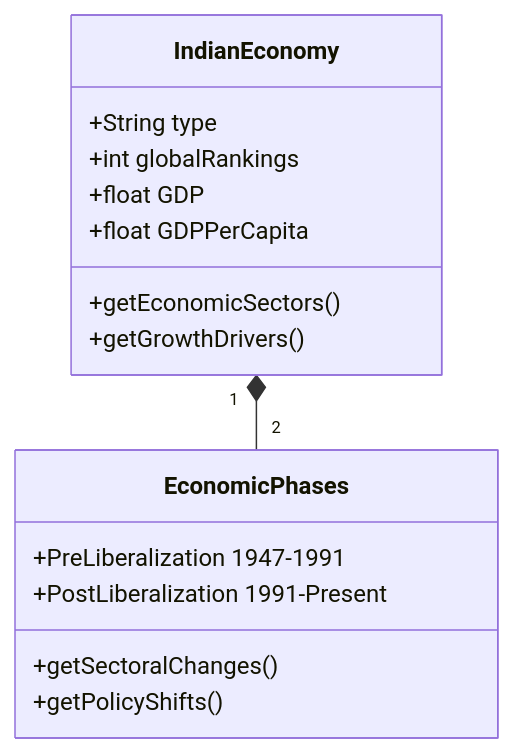
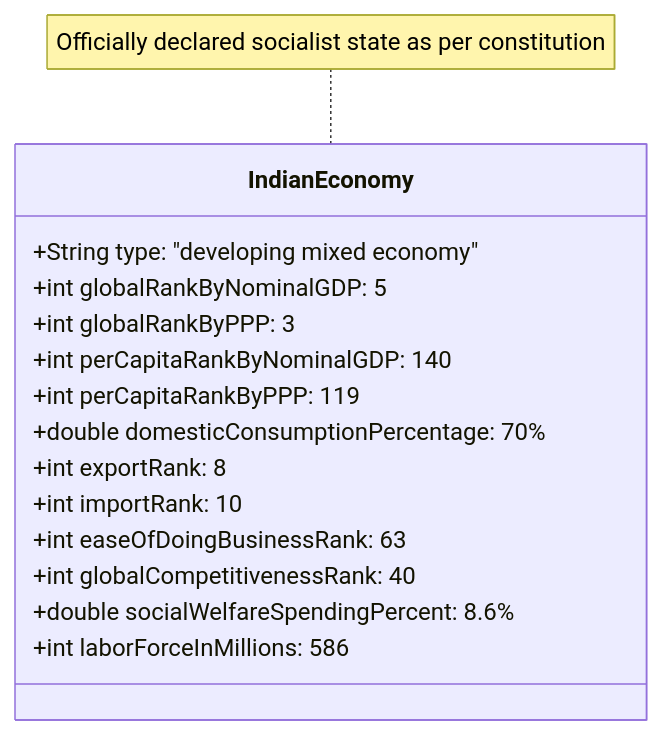
The diagram in temp-charts/mmd-images/image_2.mmd (isauravmanitripathi/Animate-Mermaid-Chart), drawn with Mermaid before and after one commit. The commit also changed 15 other files, not shown here.

```diff
--- a/temp-charts/mmd-images/image_2.mmd
+++ b/temp-charts/mmd-images/image_2.mmd
@@ -1,18 +1,16 @@
 classDiagram
     class IndianEconomy {
-        +String type
-        +int globalRankings
-        +float GDP
-        +float GDPPerCapita
-        +getEconomicSectors()
-        +getGrowthDrivers()
+        +String type: "developing mixed economy"
+        +int globalRankByNominalGDP: 5
+        +int globalRankByPPP: 3
+        +int perCapitaRankByNominalGDP: 140
+        +int perCapitaRankByPPP: 119
+        +double domesticConsumptionPercentage: 70%
+        +int exportRank: 8
+        +int importRank: 10
+        +int easeOfDoingBusinessRank: 63
+        +int globalCompetitivenessRank: 40
+        +double socialWelfareSpendingPercent: 8.6%
+        +int laborForceInMillions: 586
     }
-    
-    class EconomicPhases {
-        +PreLiberalization 1947-1991
-        +PostLiberalization 1991-Present
-        +getSectoralChanges()
-        +getPolicyShifts()
-    }
-    
-    IndianEconomy "1" *-- "2" EconomicPhases
+    note for IndianEconomy "Officially declared socialist state as per constitution"
```
